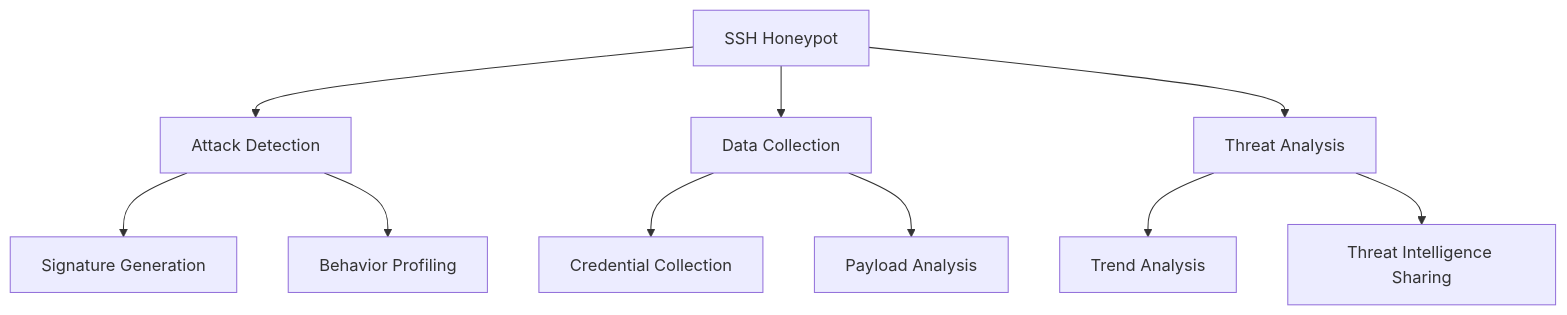
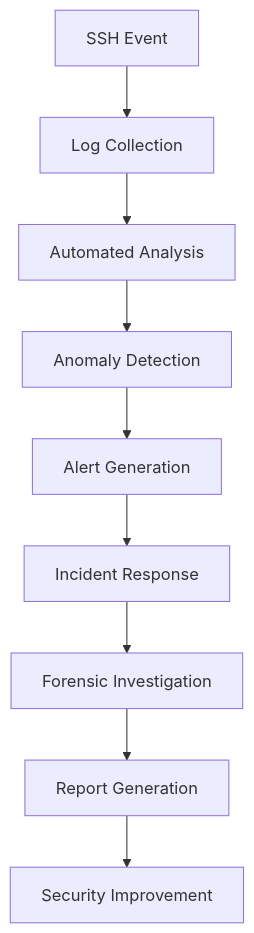
One commit to cipherbite/mastering-linux changed the fourth of 6 diagrams in mastering-ssh-part-one/6 - Advance SSH Usage.md. Above: the diagram before and after it, drawn with Mermaid. The commit also changed other lines of this file, not shown here.

Commit message:
Update 6 - Advance SSH Usage.md

````diff
--- a/mastering-ssh-part-one/6 - Advance SSH Usage.md
+++ b/mastering-ssh-part-one/6 - Advance SSH Usage.md
@@ -222,12 +322,11 @@
 ```mermaid
 graph TD
-    A[SSH Honeypot] --> B[Attack Detection]
-    A --> C[Data Collection]
-    A --> D[Threat Analysis]
-    B --> E[Signature Generation]
-    B --> F[Behavior Profiling]
-    C --> G[Credential Collection]
-    C --> H[Payload Analysis]
-    D --> I[Trend Analysis]
-    D --> J[Threat Intelligence Sharing]
+    A[SSH Event] --> B[Log Collection]
+    B --> C[Automated Analysis]
+    C --> D[Anomaly Detection]
+    D --> E[Alert Generation]
+    E --> F[Incident Response]
+    F --> G[Forensic Investigation]
+    G --> H[Report Generation]
+    H --> I[Security Improvement]
 ```
````
